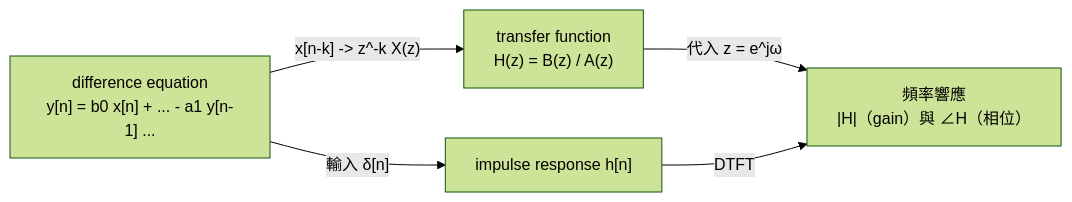
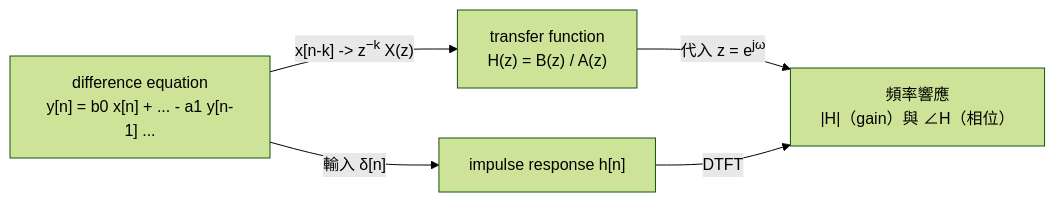
Before and after one commit to TomHsieh300/DAW-for-fun: the first of 4 diagrams in lessons/02-filter/README.zh-TW.md, drawn with Mermaid (forest theme). The commit also changed other lines of this file and 19 other files, not shown here.

First line of the commit message:
lessons: typeset subscripts and superscripts in Mermaid labels

````diff
--- a/lessons/02-filter/README.zh-TW.md
+++ b/lessons/02-filter/README.zh-TW.md
@@ -160,7 +160,7 @@
 ```mermaid
 flowchart LR
-    DE["difference equation<br/>y[n] = b0 x[n] + ... - a1 y[n-1] ..."] -- "x[n-k] -> z^-k X(z)" --> TF["transfer function<br/>H(z) = B(z) / A(z)"]
-    TF -- "代入 z = e^jω" --> FR["頻率響應<br/>|H|（gain）與 ∠H（相位）"]
+    DE["difference equation<br/>y[n] = b0 x[n] + ... - a1 y[n-1] ..."] -- "x[n-k] -> z<sup>−k</sup> X(z)" --> TF["transfer function<br/>H(z) = B(z) / A(z)"]
+    TF -- "代入 z = e<sup>jω</sup>" --> FR["頻率響應<br/>|H|（gain）與 ∠H（相位）"]
     DE -- "輸入 δ[n]" --> IR["impulse response h[n]"]
     IR -- "DTFT" --> FR
 ```
````
